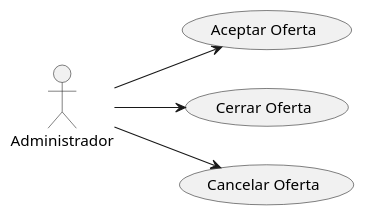
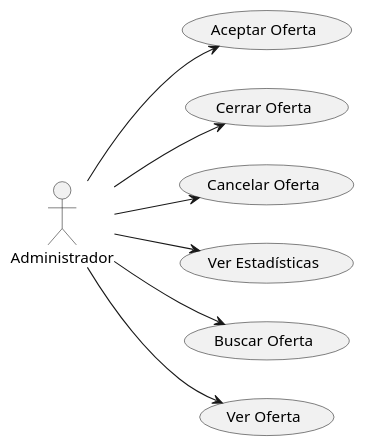
One commit to mmasias/24-25-IdSw1-SDR changed the diagram in modelosUML/CasosDeUso/diagramas/DiagramasActoresYCasos/DiagramaAdmin.puml. Above: the diagram before and after it, drawn with PlantUML. The commit also changed 2 other files, not shown here.

```diff
--- a/modelosUML/CasosDeUso/diagramas/DiagramasActoresYCasos/DiagramaAdmin.puml
+++ b/modelosUML/CasosDeUso/diagramas/DiagramasActoresYCasos/DiagramaAdmin.puml
@@ -1,11 +1,18 @@
 @startuml
 left to right direction
 
 usecase "Aceptar Oferta" as AceptarOferta
 usecase "Cerrar Oferta" as CerrarOferta
 usecase "Cancelar Oferta" as CancelarOferta
+usecase "Ver Estadísticas" as VerEstadisticas
+usecase "Buscar Oferta" as BuscarOferta
+usecase "Ver Oferta" as VerOferta
+
 
 Administrador --> AceptarOferta
 Administrador --> CerrarOferta
 Administrador --> CancelarOferta
+Administrador --> VerEstadisticas
+Administrador --> BuscarOferta
+Administrador --> VerOferta
 @enduml
```
